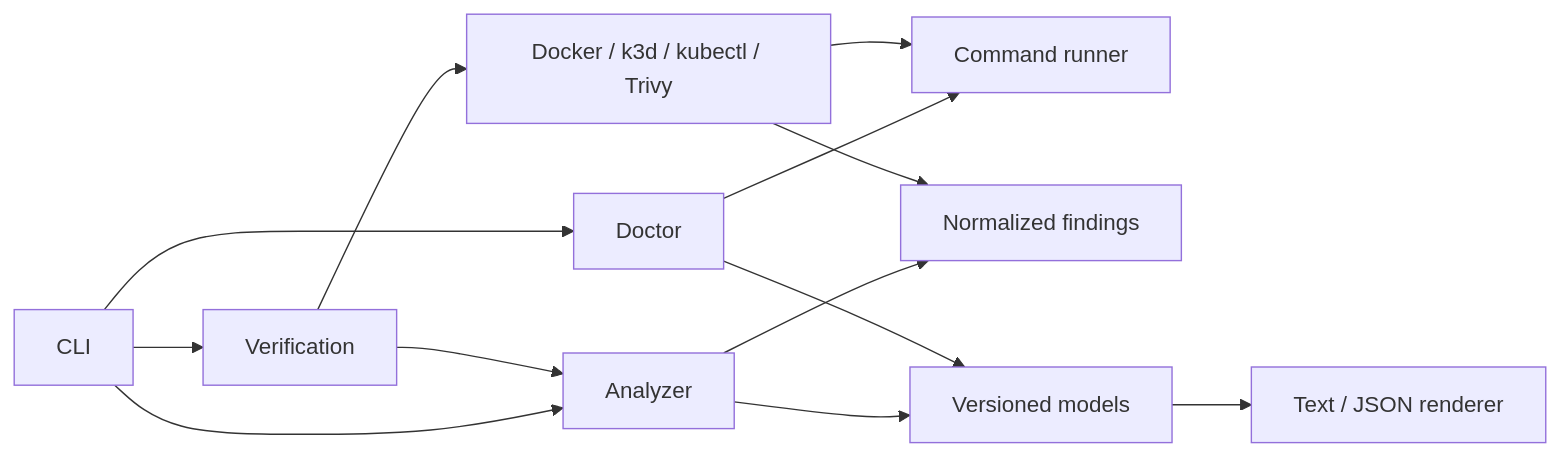
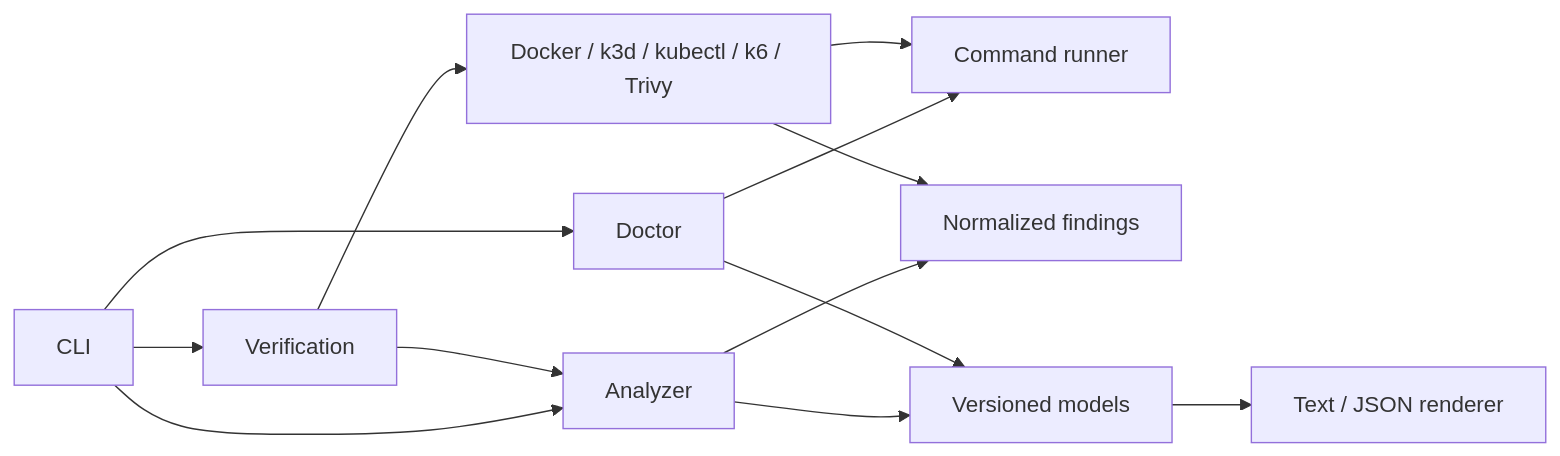
Before and after one commit to noor15102002/cloud-forge: the diagram in docs/architecture.md, drawn with Mermaid. The commit also changed other lines of this file and 18 other files, not shown here.

````diff
--- a/docs/architecture.md
+++ b/docs/architecture.md
@@ -24,15 +24,15 @@
 ```mermaid
 flowchart LR
     CLI --> Analyzer
     CLI --> Doctor
     CLI --> Verification
     Doctor --> Runner[Command runner]
     Verification --> Analyzer
-    Verification --> Executor[Docker / k3d / kubectl / Trivy]
+    Verification --> Executor[Docker / k3d / kubectl / k6 / Trivy]
     Analyzer --> Findings[Normalized findings]
     Executor --> Findings
     Executor --> Runner
     Analyzer --> Model[Versioned models]
     Doctor --> Model
     Model --> Render[Text / JSON renderer]
 ```
````
